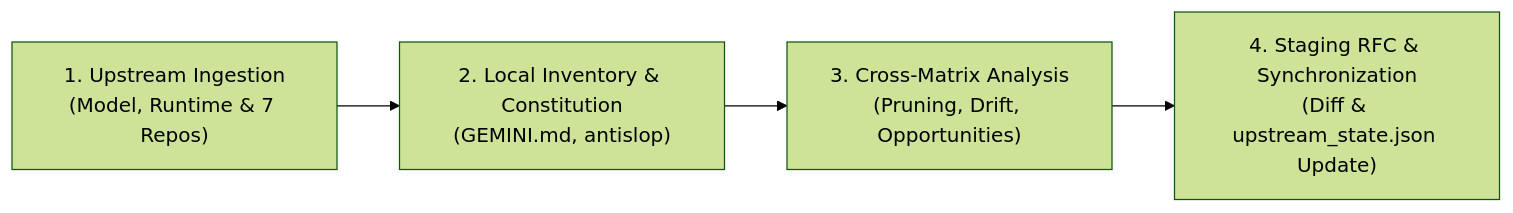
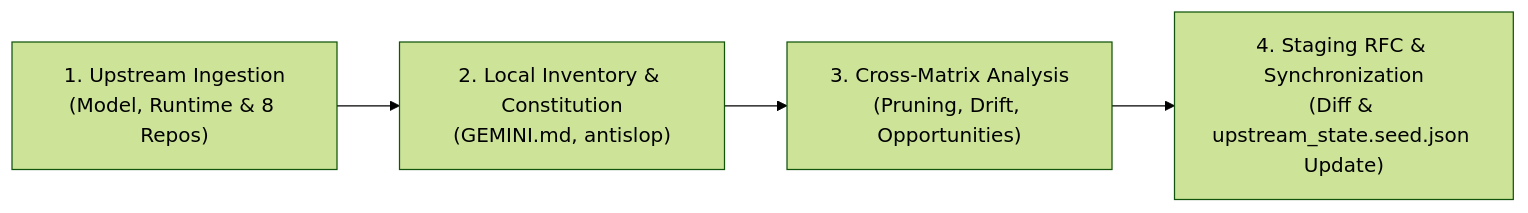
Before and after one commit to hadbilen/antigravity-harness: the diagram in skills/upstream-auditor/SKILL.md, drawn with Mermaid (forest theme). The commit also changed other lines of this file and 67 other files, not shown here.

````diff
--- a/skills/upstream-auditor/SKILL.md
+++ b/skills/upstream-auditor/SKILL.md
@@ -48,6 +51,6 @@
 ```mermaid
 flowchart LR
-    P1["1. Upstream Ingestion<br/>(Model, Runtime & 7 Repos)"] --> P2["2. Local Inventory & Constitution<br/>(GEMINI.md, antislop)"]
+    P1["1. Upstream Ingestion<br/>(Model, Runtime & 8 Repos)"] --> P2["2. Local Inventory & Constitution<br/>(GEMINI.md, antislop)"]
     P2 --> P3["3. Cross-Matrix Analysis<br/>(Pruning, Drift, Opportunities)"]
-    P3 --> P4["4. Staging RFC & Synchronization<br/>(Diff & upstream_state.json Update)"]
+    P3 --> P4["4. Staging RFC & Synchronization<br/>(Diff & upstream_state.seed.json Update)"]
 ```
````
